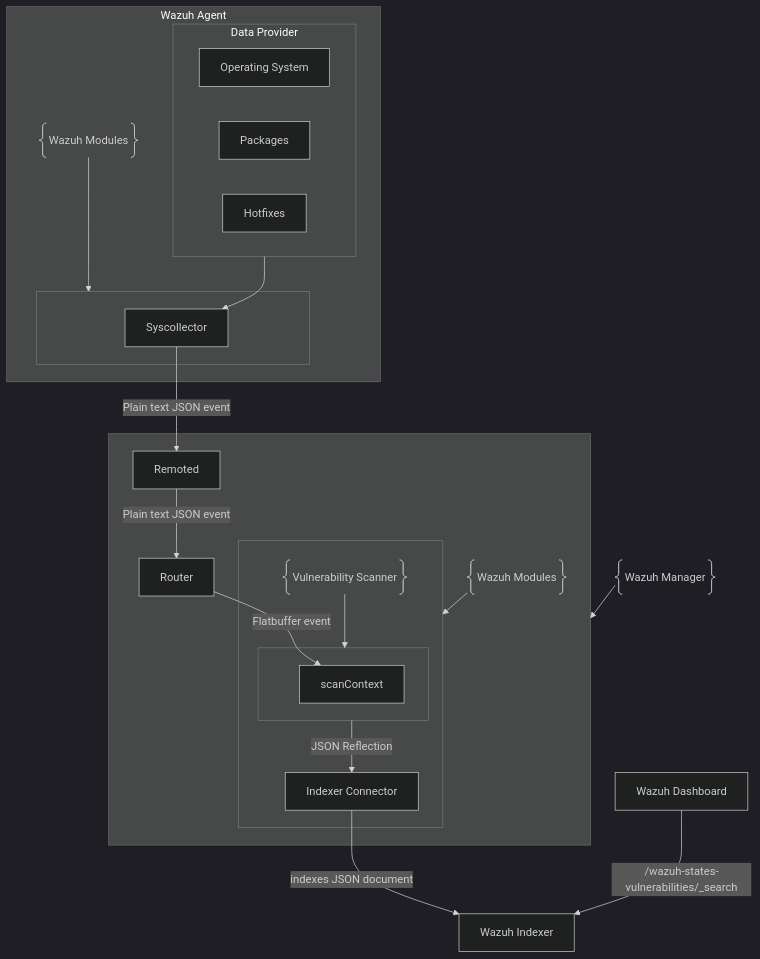
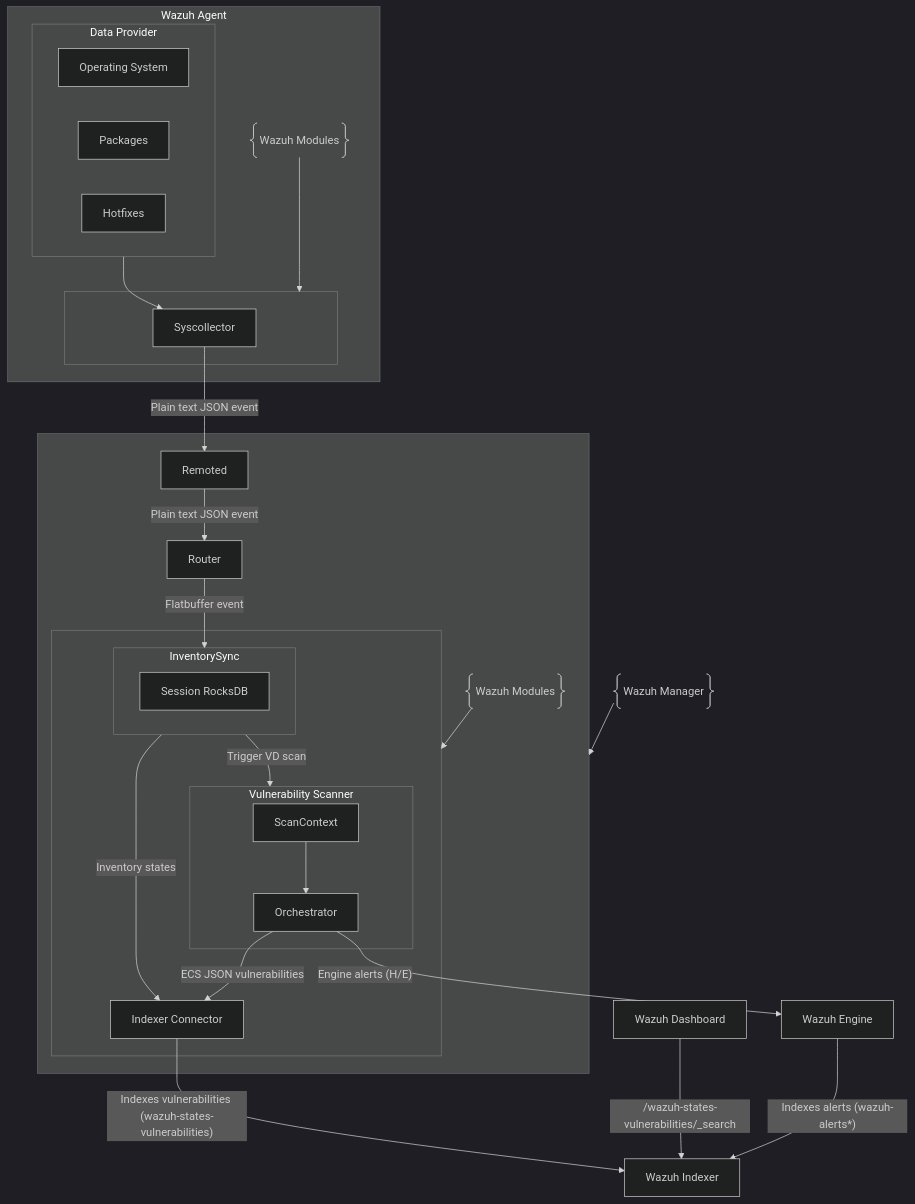
The second of 2 diagrams in docs/ref/modules/vulnerability-scanner/architecture.md (wazuh/wazuh), drawn with Mermaid (dark theme) before and after one commit. The commit also changed other lines of this file and 6 other files, not shown here.

Commit message:
docs: align vulnerability scanner docs with InventorySync pipeline

````diff
--- a/docs/ref/modules/vulnerability-scanner/architecture.md
+++ b/docs/ref/modules/vulnerability-scanner/architecture.md
@@ -42,36 +107,45 @@
 ```mermaid
 flowchart TD
 
 subgraph WazuhManager[" "]
   Remoted["Remoted"]
   subgraph WazuhModulesM[" "]
-    subgraph VulnerabilityScanner[" "]
-      scanContext
+    subgraph InventorySync["InventorySync"]
+      SessionDB["Session RocksDB"]
     end
-    D@{ shape: braces, label: "Vulnerability Scanner" } --> VulnerabilityScanner
+    subgraph VulnerabilityScanner["Vulnerability Scanner"]
+      ScanContext["ScanContext"]
+      Orchestrator["Orchestrator"]
+      ScanContext --> Orchestrator
+    end
     IndexerConnector["Indexer Connector"]
-    VulnerabilityScanner -- "JSON Reflection" --> IndexerConnector
+    InventorySync -- "Inventory states" --> IndexerConnector
+    Orchestrator -- "ECS JSON vulnerabilities" --> IndexerConnector
   end
   C@{ shape: braces, label: "Wazuh Modules" } --> WazuhModulesM
   Remoted -- "Plain text JSON event" --> Router
-  Router -- "Flatbuffer event" --> scanContext
+  Router -- "Flatbuffer event" --> InventorySync
+  InventorySync -- "Trigger VD scan" --> VulnerabilityScanner
 end
 B@{ shape: braces, label: "Wazuh Manager" } --> WazuhManager
-IndexerConnector -- indexes JSON document --> WazuhIndexer
+IndexerConnector -- "Indexes vulnerabilities (wazuh-states-vulnerabilities)" --> WazuhIndexer
+Orchestrator -- "Engine alerts (H/E)" --> WazuhEngine
 subgraph WazuhAgent["Wazuh Agent"]
   subgraph Providers["Data Provider"]
     OS["Operating System"]
     Packages["Packages"]
     Hotfixes["Hotfixes"]
   end
   subgraph WazuhModulesA[" "]
     Syscollector["Syscollector"]
   end
   A@{ shape: braces, label: "Wazuh Modules" } --> WazuhModulesA
   Syscollector -- "Plain text JSON event" --> Remoted
 end
 Providers --> Syscollector
 WazuhIndexer["Wazuh Indexer"]
+WazuhEngine["Wazuh Engine"]
+WazuhEngine -- "Indexes alerts (wazuh-alerts*)" --> WazuhIndexer
 WazuhDashboard["Wazuh Dashboard"]
 WazuhDashboard -- /wazuh-states-vulnerabilities/_search --> WazuhIndexer
 ```
````
